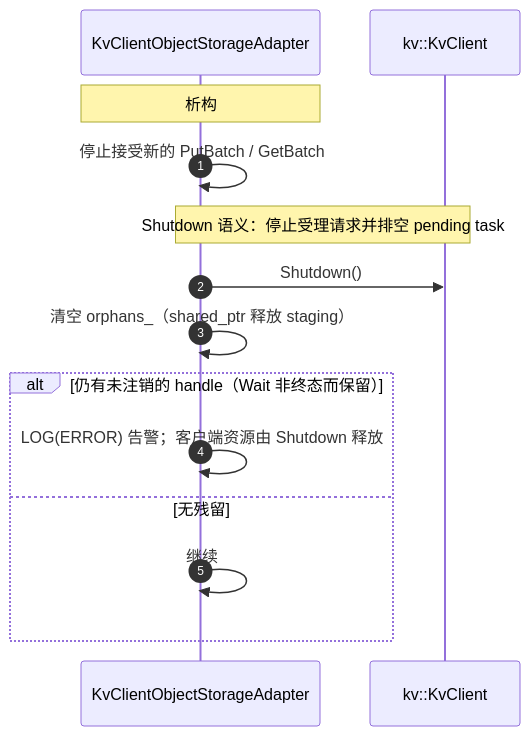
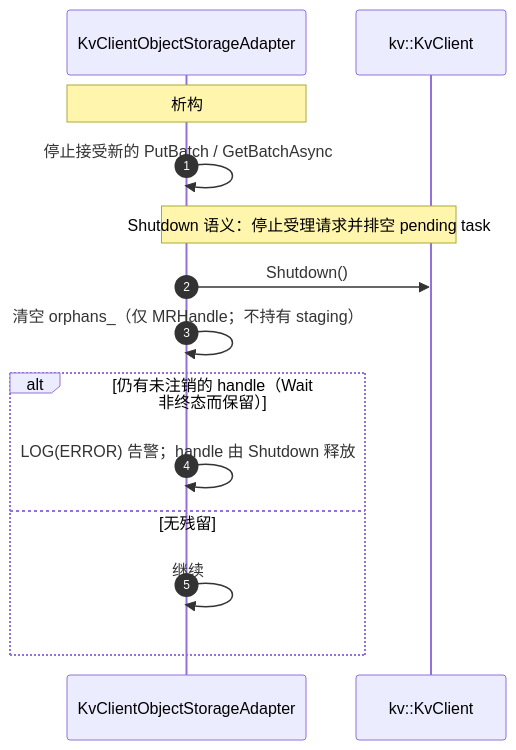
Before and after one commit to zwj20000328-dotcom/Mooncake-documents: diagram 13 of 13 in Mooncake + KVClient L3 接入（Kvcs）- v3.md, drawn with Mermaid. The commit also changed other lines of this file and 3 other files, not shown here.

````diff
--- a/Mooncake + KVClient L3 接入（Kvcs）- v3.md
+++ b/Mooncake + KVClient L3 接入（Kvcs）- v3.md
@@ -773,17 +769,17 @@
 ```mermaid
 sequenceDiagram
     autonumber
     participant AD as KvClientObjectStorageAdapter
     participant SDK as kv::KvClient
 
     Note over AD: 析构
-    AD->>AD: 停止接受新的 PutBatch / GetBatch
+    AD->>AD: 停止接受新的 PutBatch / GetBatchAsync
     Note over AD,SDK: Shutdown 语义：停止受理请求并排空 pending task
     AD->>SDK: Shutdown()
-    AD->>AD: 清空 orphans_（shared_ptr 释放 staging）
+    AD->>AD: 清空 orphans_（仅 MRHandle；不持有 staging）
     alt 仍有未注销的 handle（Wait 非终态而保留）
-        AD->>AD: LOG(ERROR) 告警；客户端资源由 Shutdown 释放
+        AD->>AD: LOG(ERROR) 告警；handle 由 Shutdown 释放
     else 无残留
         AD->>AD: 继续
     end
 ```
````
